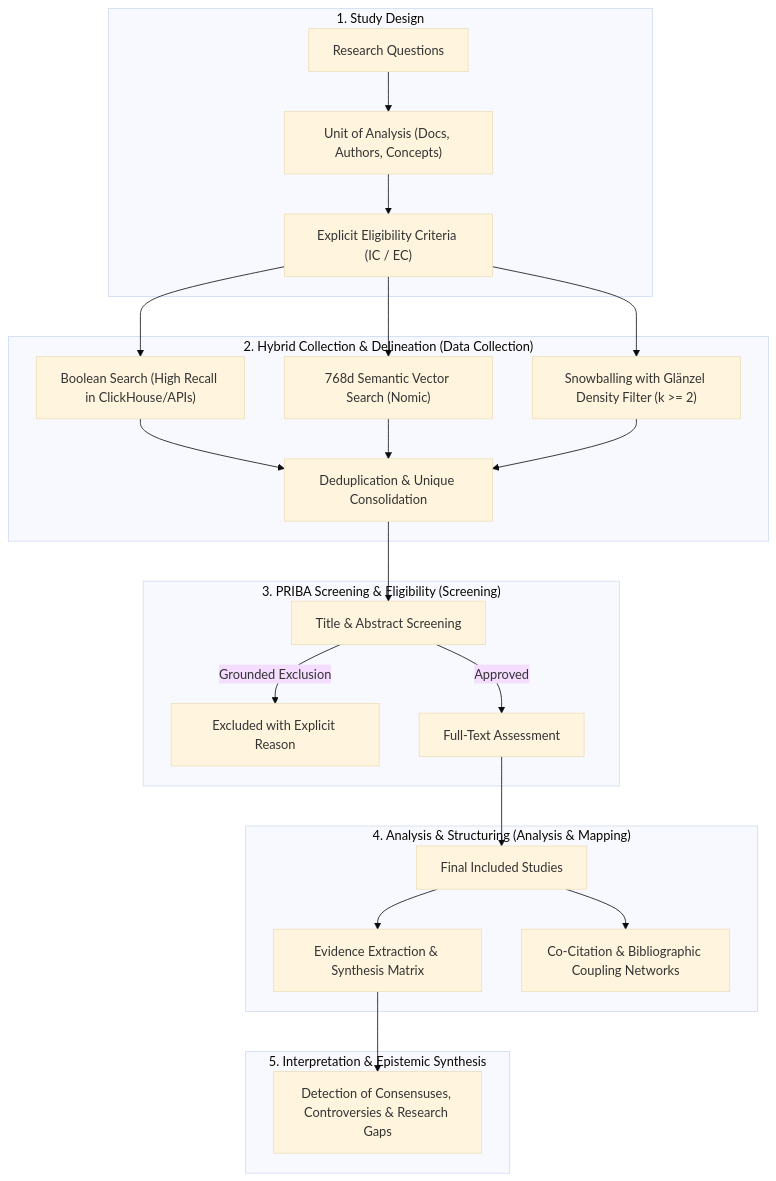
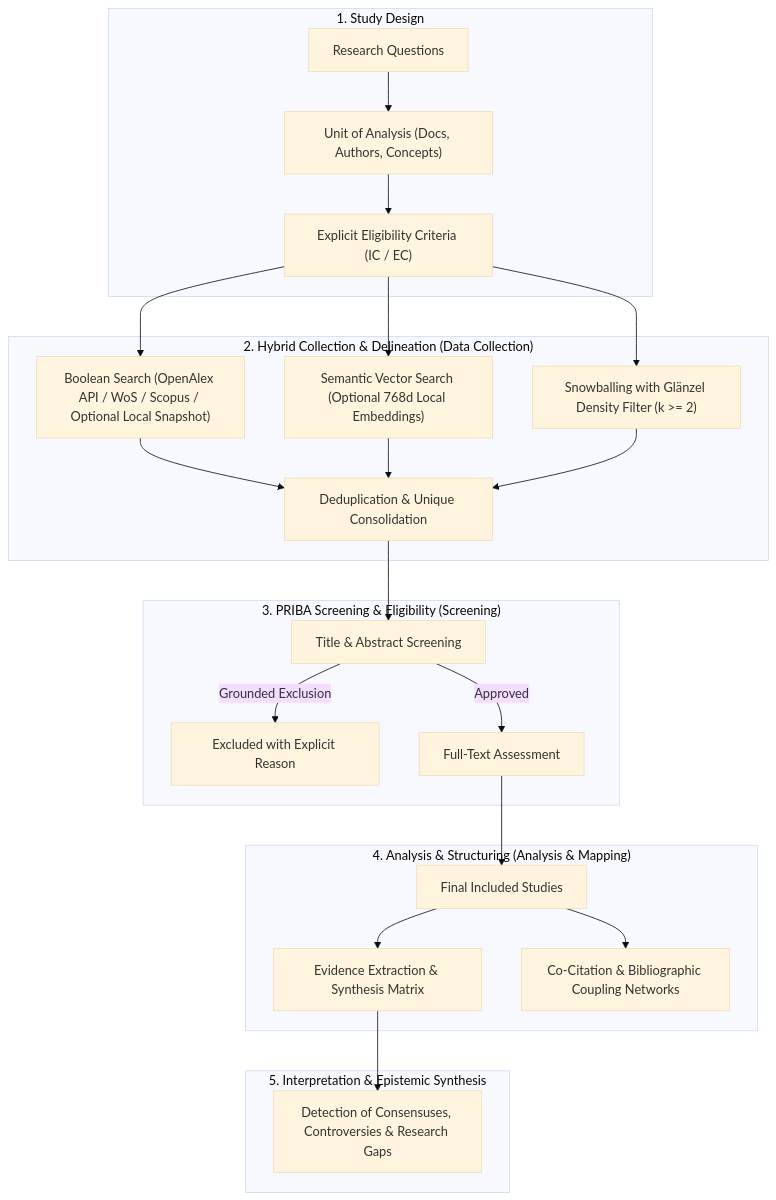
Before and after one commit to chilti/sos-mcp-services: the first of 2 diagrams in .agents/skills/deep-literature-researcher/SKILL.md, drawn with Mermaid (base theme). The commit also changed other lines of this file and 16 other files, not shown here.

Commit message:
feat(skills,templates): decouple OpenAlex-first skills with opt-in ClickHouse accelerator, Big SOM, reference verification, and docx/pdf export

````diff
--- a/.agents/skills/deep-literature-researcher/SKILL.md
+++ b/.agents/skills/deep-literature-researcher/SKILL.md
@@ -20,30 +20,30 @@
 ```mermaid
 flowchart TD
     subgraph Phase1 ["1. Study Design"]
         D1["Research Questions"] --> D2["Unit of Analysis (Docs, Authors, Concepts)"]
         D2 --> D3["Explicit Eligibility Criteria (IC / EC)"]
     end
 
     subgraph Phase2 ["2. Hybrid Collection & Delineation (Data Collection)"]
-        D3 --> H1["Boolean Search (High Recall in ClickHouse/APIs)"]
-        D3 --> H2["768d Semantic Vector Search (Nomic)"]
+        D3 --> H1["Boolean Search (OpenAlex API / WoS / Scopus / Optional Local Snapshot)"]
+        D3 --> H2["Semantic Vector Search (Optional 768d Local Embeddings)"]
         D3 --> H3["Snowballing with Glänzel Density Filter (k >= 2)"]
         H1 & H2 & H3 --> DUP["Deduplication & Unique Consolidation"]
     end
 
     subgraph Phase3 ["3. PRIBA Screening & Eligibility (Screening)"]
         DUP --> SCR["Title & Abstract Screening"]
         SCR -->|Grounded Exclusion| EXC["Excluded with Explicit Reason"]
         SCR -->|Approved| FULL["Full-Text Assessment"]
     end
 
     subgraph Phase4 ["4. Analysis & Structuring (Analysis & Mapping)"]
         FULL --> INC["Final Included Studies"]
         INC --> SYN["Evidence Extraction & Synthesis Matrix"]
         INC --> NET["Co-Citation & Bibliographic Coupling Networks"]
     end
 
     subgraph Phase5 ["5. Interpretation & Epistemic Synthesis"]
         SYN --> GAP["Detection of Consensuses, Controversies & Research Gaps"]
     end
 ```
````
